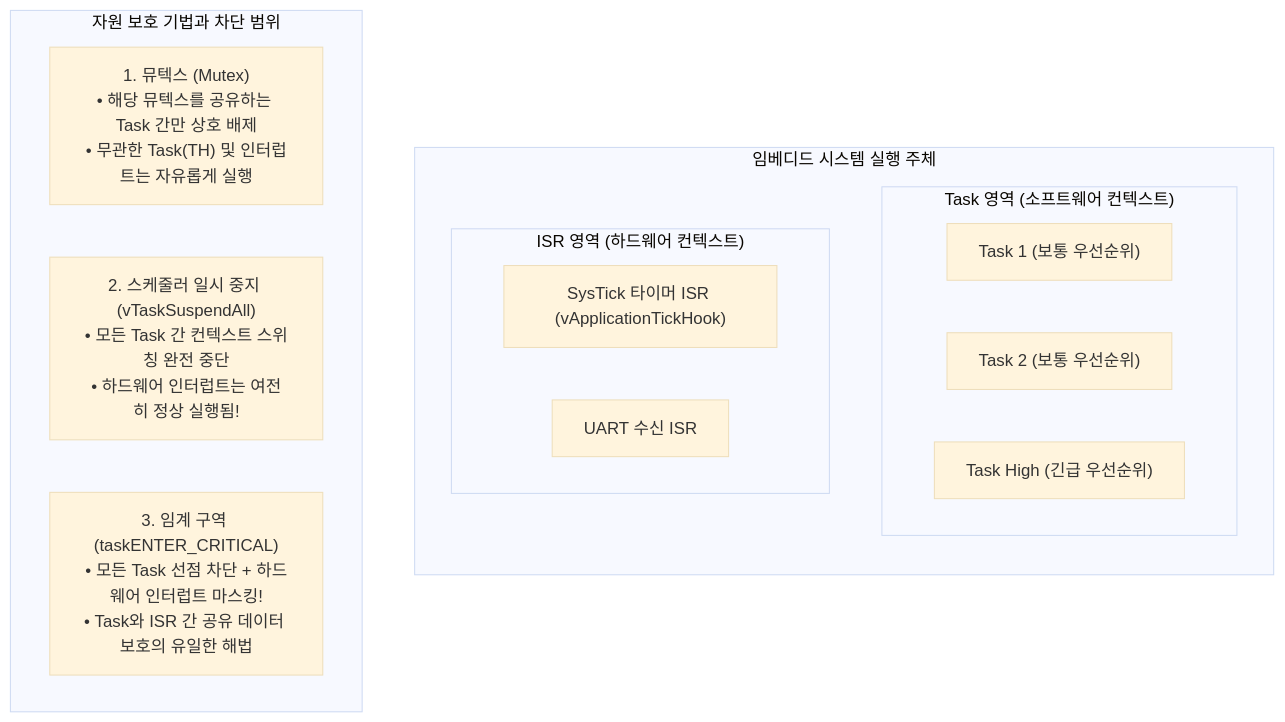
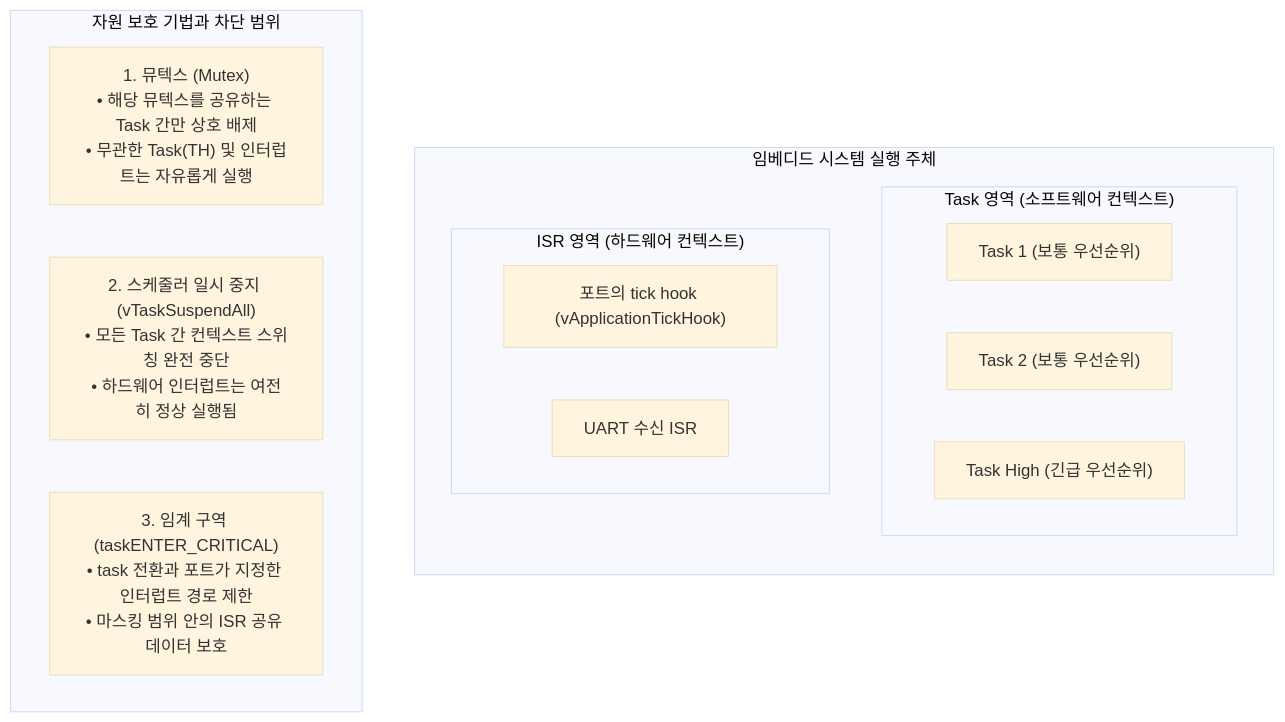
One commit to yunju-baek/FreeRTOS-Tutorials-ko changed the first of 2 diagrams in ko/guides/tutorial_21.md. Above: the diagram before and after it, drawn with Mermaid (base theme). The commit also changed other lines of this file and 37 other files, not shown here.

````diff
--- a/ko/guides/tutorial_21.md
+++ b/ko/guides/tutorial_21.md
@@ -38,21 +42,21 @@
 ```mermaid
 flowchart TD
     subgraph System["임베디드 시스템 실행 주체"]
         direction TB
         subgraph Tasks["Task 영역 (소프트웨어 컨텍스트)"]
             T1["Task 1 (보통 우선순위)"]
             T2["Task 2 (보통 우선순위)"]
             TH["Task High (긴급 우선순위)"]
         end
         subgraph Interrupts["ISR 영역 (하드웨어 컨텍스트)"]
-            TICK["SysTick 타이머 ISR (vApplicationTickHook)"]
+            TICK["포트의 tick hook (vApplicationTickHook)"]
             UART["UART 수신 ISR"]
         end
     end
 
     subgraph Protection["자원 보호 기법과 차단 범위"]
         M["1. 뮤텍스 (Mutex)<br/>• 해당 뮤텍스를 공유하는 Task 간만 상호 배제<br/>• 무관한 Task(TH) 및 인터럽트는 자유롭게 실행"]
-        S["2. 스케줄러 일시 중지 (vTaskSuspendAll)<br/>• 모든 Task 간 컨텍스트 스위칭 완전 중단<br/>• 하드웨어 인터럽트는 여전히 정상 실행됨!"]
-        C["3. 임계 구역 (taskENTER_CRITICAL)<br/>• 모든 Task 선점 차단 + 하드웨어 인터럽트 마스킹!<br/>• Task와 ISR 간 공유 데이터 보호의 유일한 해법"]
+        S["2. 스케줄러 일시 중지 (vTaskSuspendAll)<br/>• 모든 Task 간 컨텍스트 스위칭 완전 중단<br/>• 하드웨어 인터럽트는 여전히 정상 실행됨"]
+        C["3. 임계 구역 (taskENTER_CRITICAL)<br/>• task 전환과 포트가 지정한 인터럽트 경로 제한<br/>• 마스킹 범위 안의 ISR 공유 데이터 보호"]
     end
 ```
````
